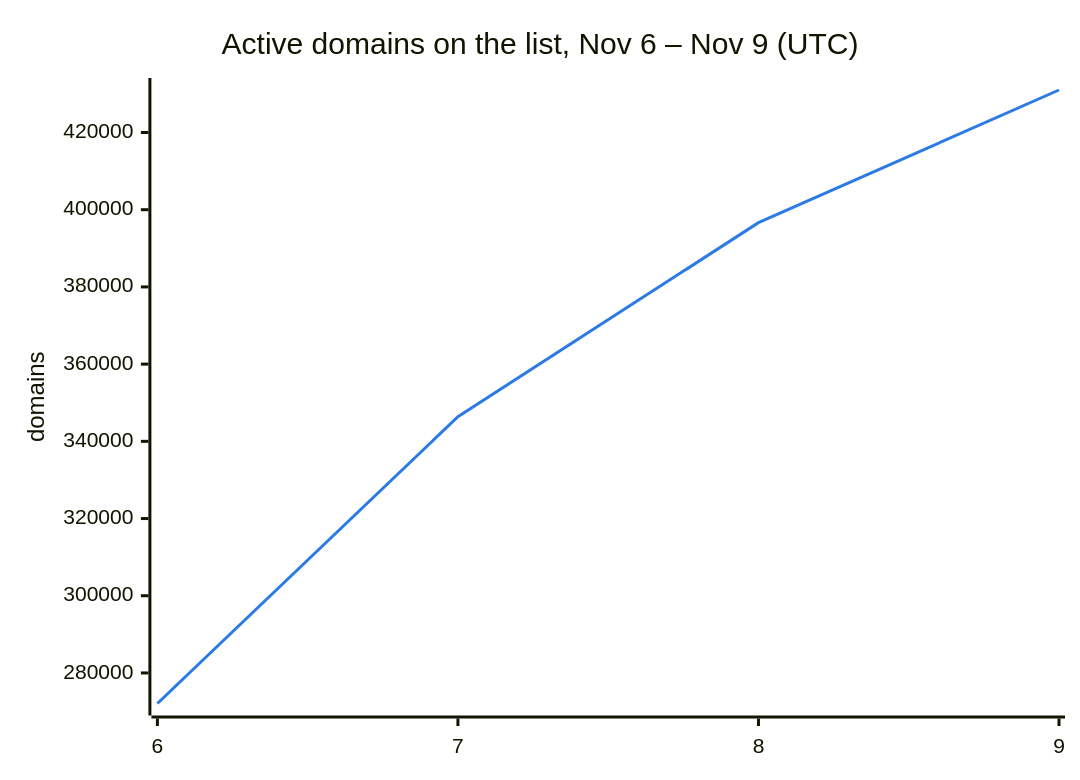
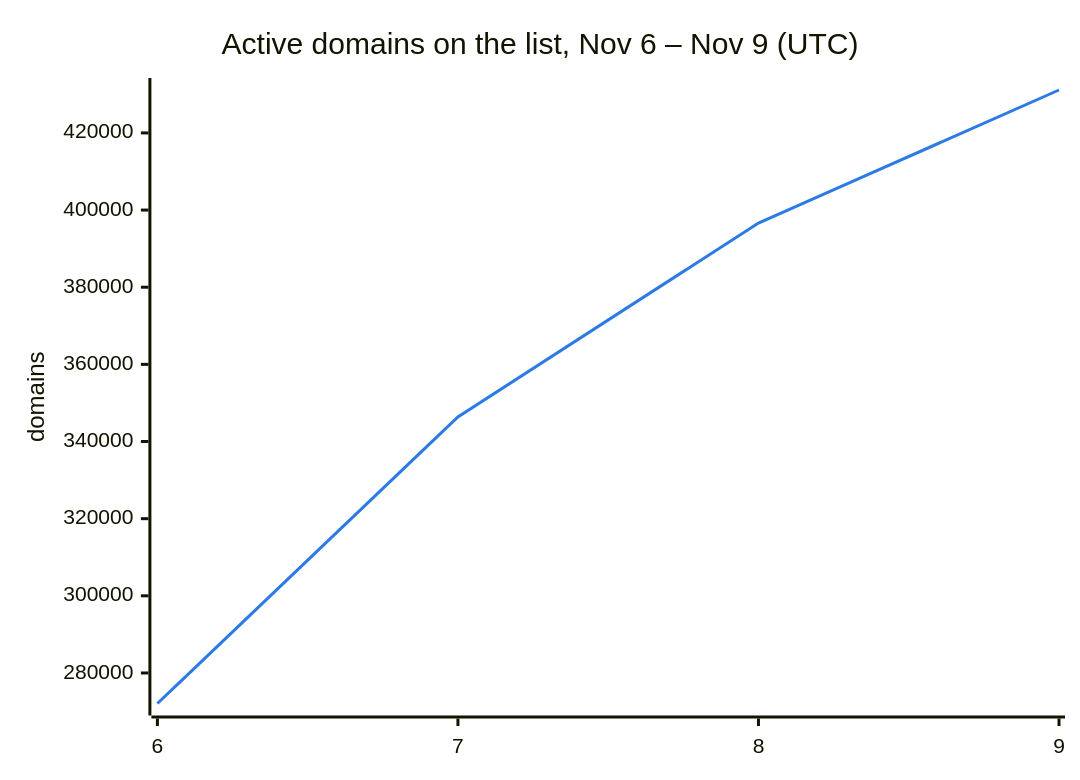
The second of 3 diagrams in README.md (DNSBunker/CTI), drawn with Mermaid before and after one commit. The commit also changed other lines of this file and 3 other files, not shown here.

````diff
--- a/README.md
+++ b/README.md
@@ -38,8 +38,8 @@
 ```mermaid
 %%{init: {"themeVariables": {"xyChart": {"plotColorPalette": "#2c7be5"}}}}%%
 xychart-beta
     title "Active domains on the list, Nov 6 – Nov 9 (UTC)"
     x-axis ["6", "7", "8", "9"]
     y-axis "domains"
-    line [272088, 346388, 396638, 431009]
+    line [272088, 346388, 396638, 431125]
 ```
````
